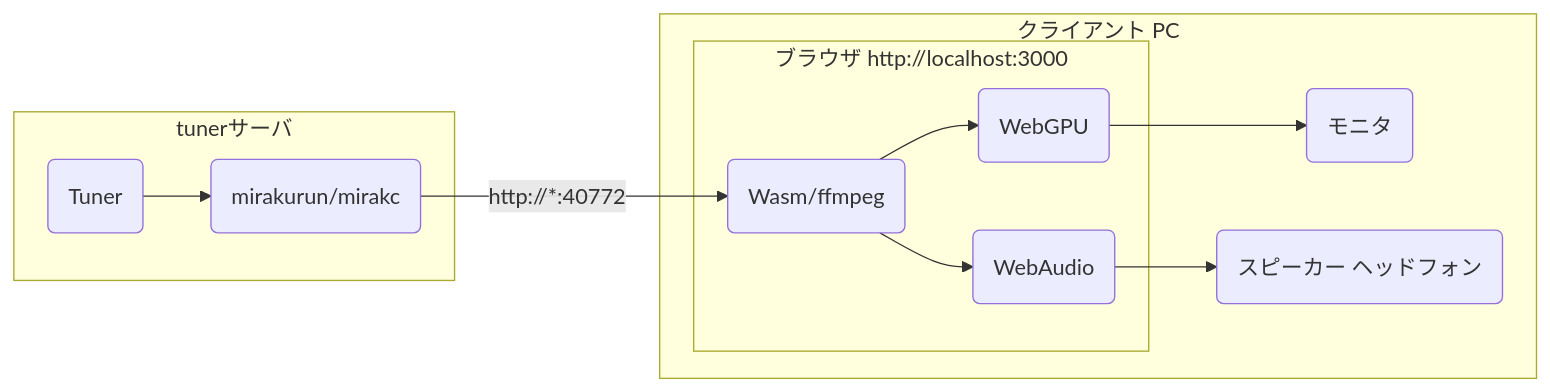
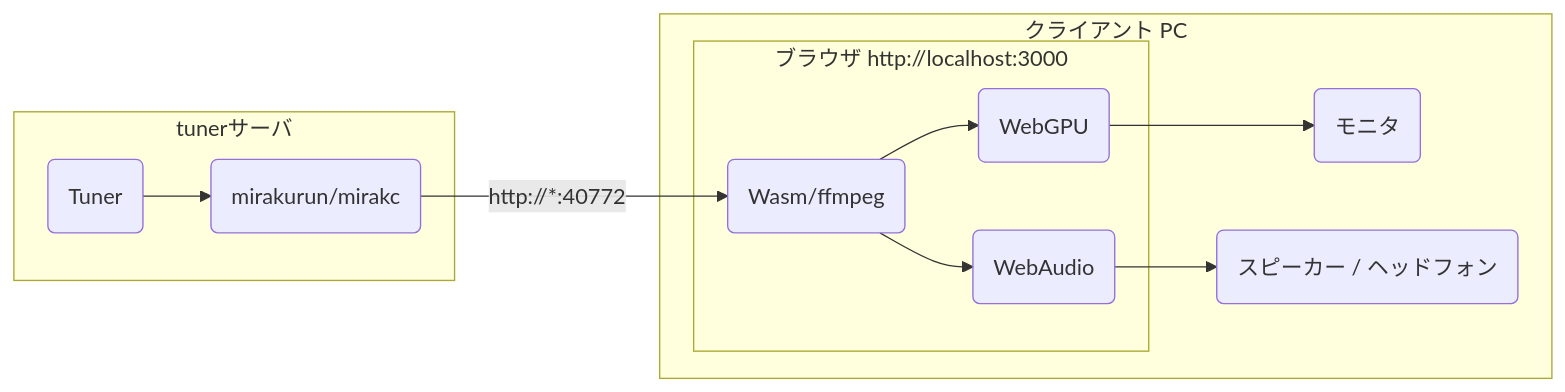
One commit to ts-live/ts-live changed the diagram in README.md. Above: the diagram before and after it, drawn with Mermaid.

Commit message:
中黒の変わりに/を使う

````diff
--- a/README.md
+++ b/README.md
@@ -7,15 +7,15 @@
 ```mermaid
 flowchart LR
   subgraph tuner[tunerサーバ]
     Tuner(Tuner) --> mirakurun(mirakurun/mirakc)
   end
   mirakurun -- http://*:40772 -->ffmpeg(Wasm/ffmpeg)
   subgraph client[クライアント PC]
     subgraph browser[ブラウザ http://localhost:3000]
       ffmpeg --> gpu(WebGPU)
       ffmpeg --> audio(WebAudio)
     end
     gpu --> monitor(モニタ)
-    audio --> speaker(スピーカー ヘッドフォン)
+    audio --> speaker(スピーカー / ヘッドフォン)
   end
 ```
````
